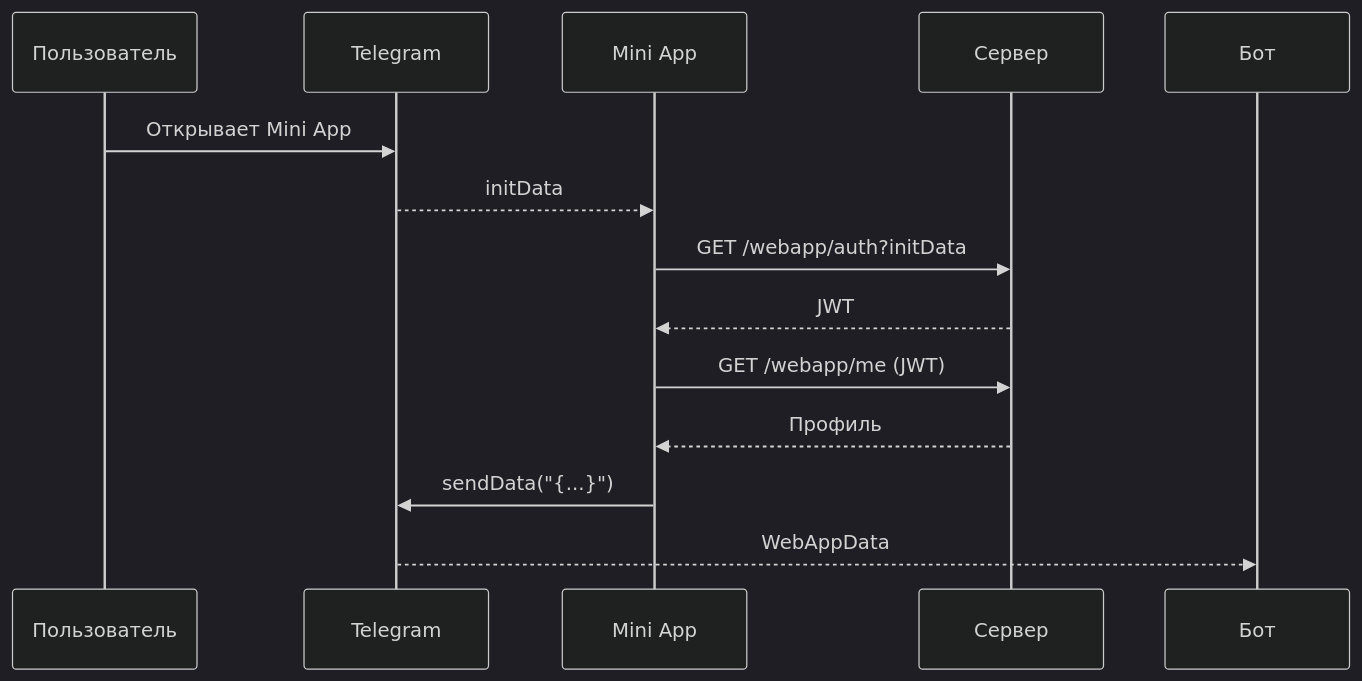
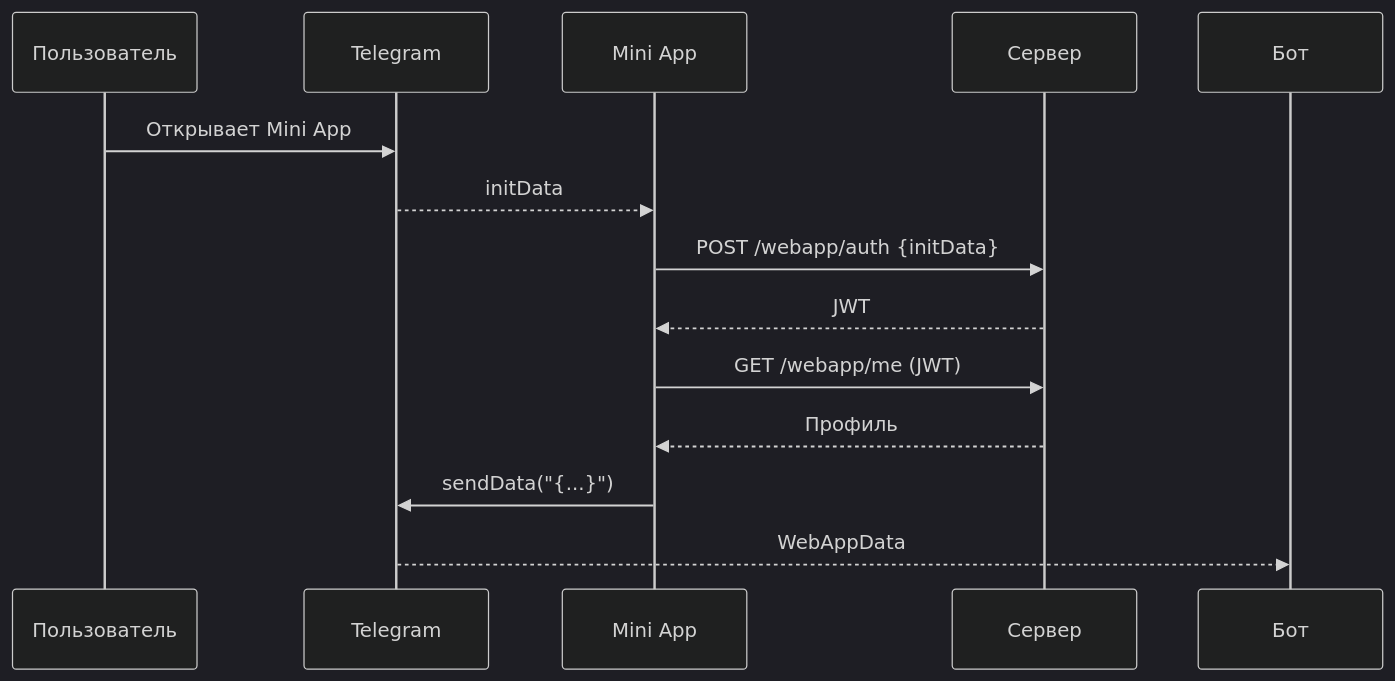
One commit to stalinon/bot changed the diagram in docs/miniapps.md. Above: the diagram before and after it, drawn with Mermaid (dark theme). The commit also changed other lines of this file, not shown here.

````diff
--- a/docs/miniapps.md
+++ b/docs/miniapps.md
@@ -52,15 +68,15 @@
 ```mermaid
 sequenceDiagram
     participant U as Пользователь
     participant TG as Telegram
     participant MA as Mini App
     participant API as Сервер
     U->>TG: Открывает Mini App
     TG-->>MA: initData
-    MA->>API: GET /webapp/auth?initData
+    MA->>API: POST /webapp/auth {initData}
     API-->>MA: JWT
     MA->>API: GET /webapp/me (JWT)
     API-->>MA: Профиль
     MA->>TG: sendData("{...}")
     TG-->>Бот: WebAppData
 ```
````
